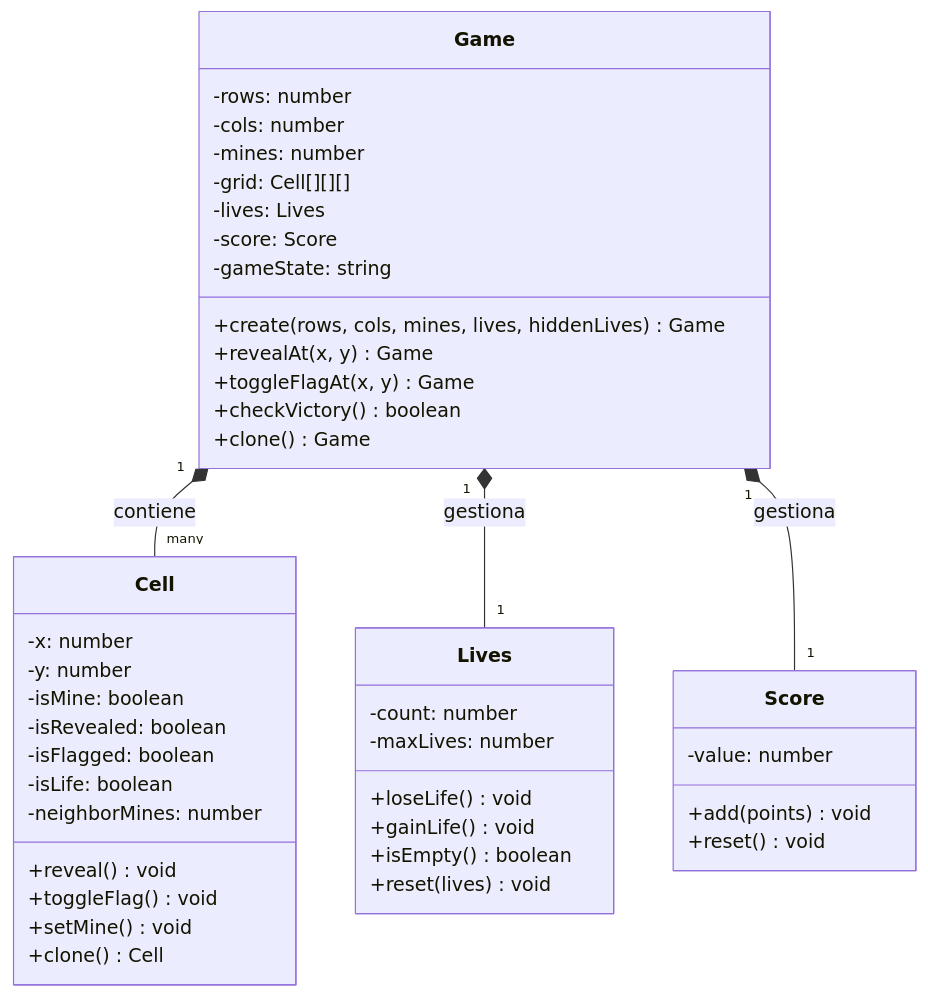
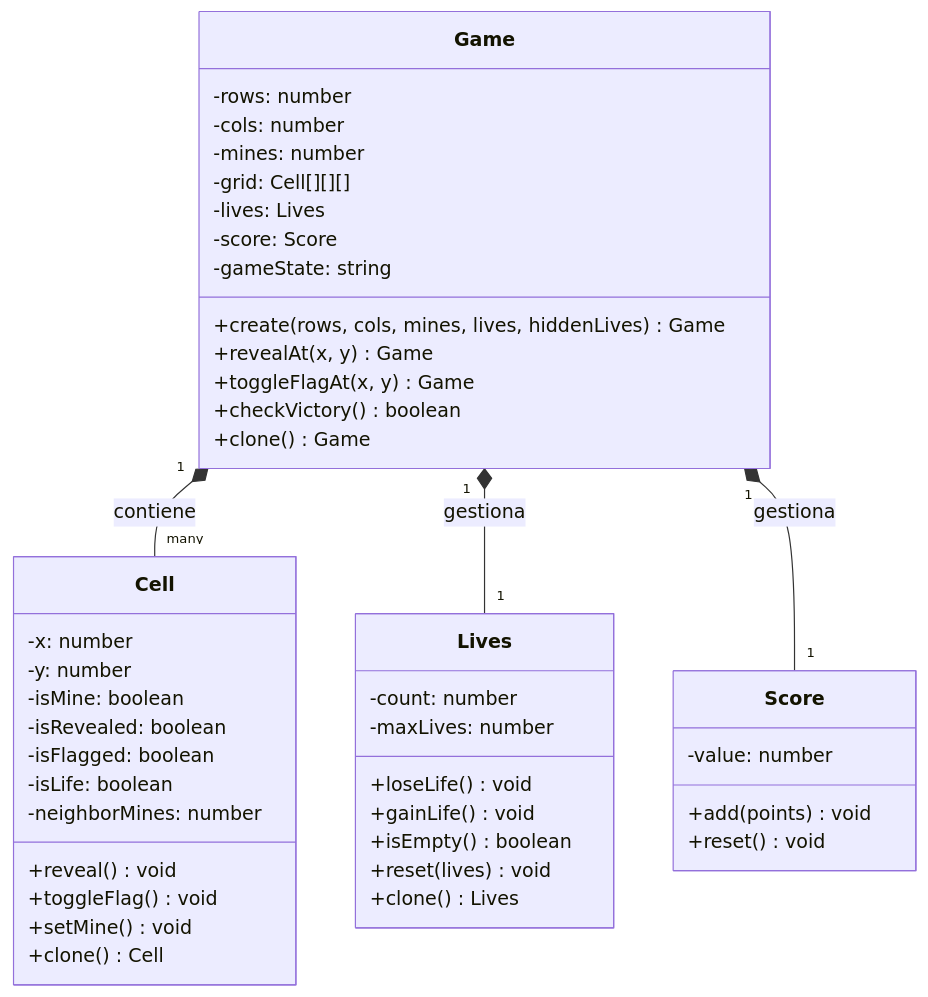
Before and after one commit to Federico-Benitez/buscaminas: the diagram in README.md, drawn with Mermaid.

````diff
--- a/README.md
+++ b/README.md
@@ -14,50 +14,51 @@
 ```mermaid
 classDiagram
     class Game {
         -rows: number
         -cols: number
         -mines: number
         -grid: Cell[][]\[]
         -lives: Lives
         -score: Score
         -gameState: string
         +create(rows, cols, mines, lives, hiddenLives) Game
         +revealAt(x, y) Game
         +toggleFlagAt(x, y) Game
         +checkVictory() boolean
         +clone() Game
     }
 
     class Cell {
         -x: number
         -y: number
         -isMine: boolean
         -isRevealed: boolean
         -isFlagged: boolean
         -isLife: boolean
         -neighborMines: number
         +reveal() void
         +toggleFlag() void
         +setMine() void
         +clone() Cell
     }
 
     class Lives {
         -count: number
         -maxLives: number
         +loseLife() void
         +gainLife() void
         +isEmpty() boolean
         +reset(lives) void
+        +clone() Lives
     }
 
     class Score {
         -value: number
         +add(points) void
         +reset() void
     }
 
     Game "1" *-- "many" Cell : contiene
     Game "1" *-- "1" Lives : gestiona
     Game "1" *-- "1" Score : gestiona
 ```
````
